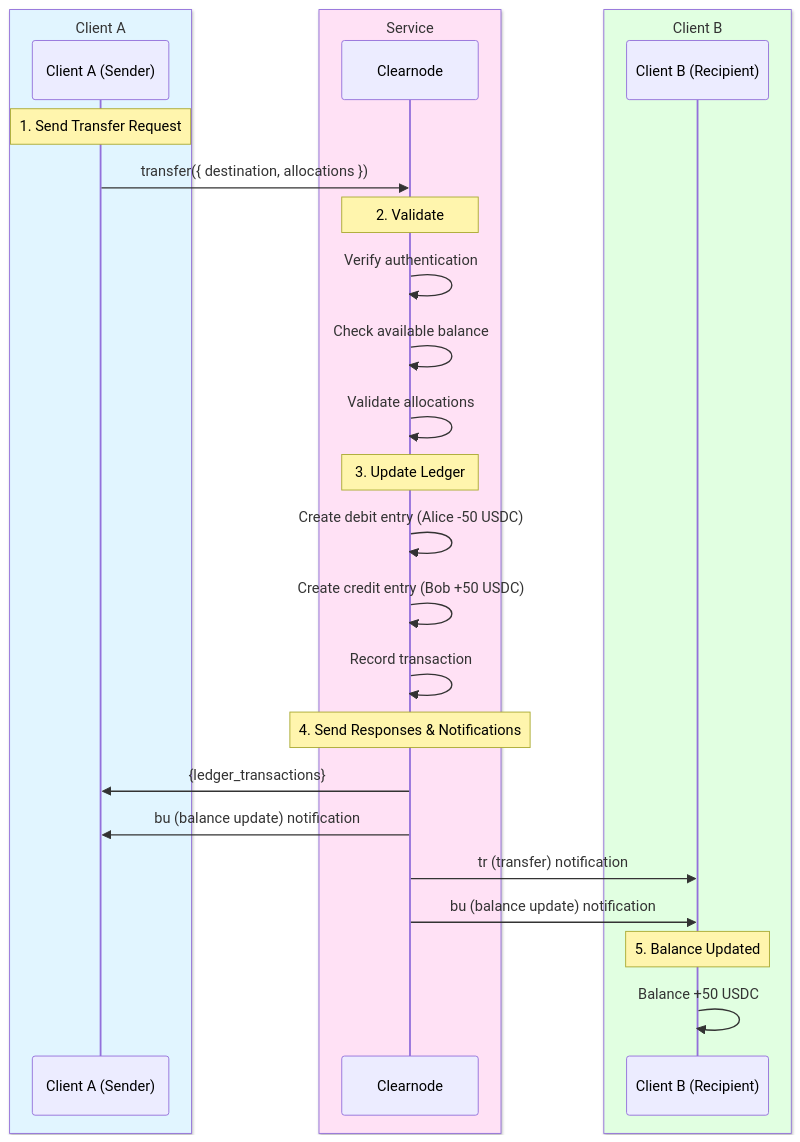
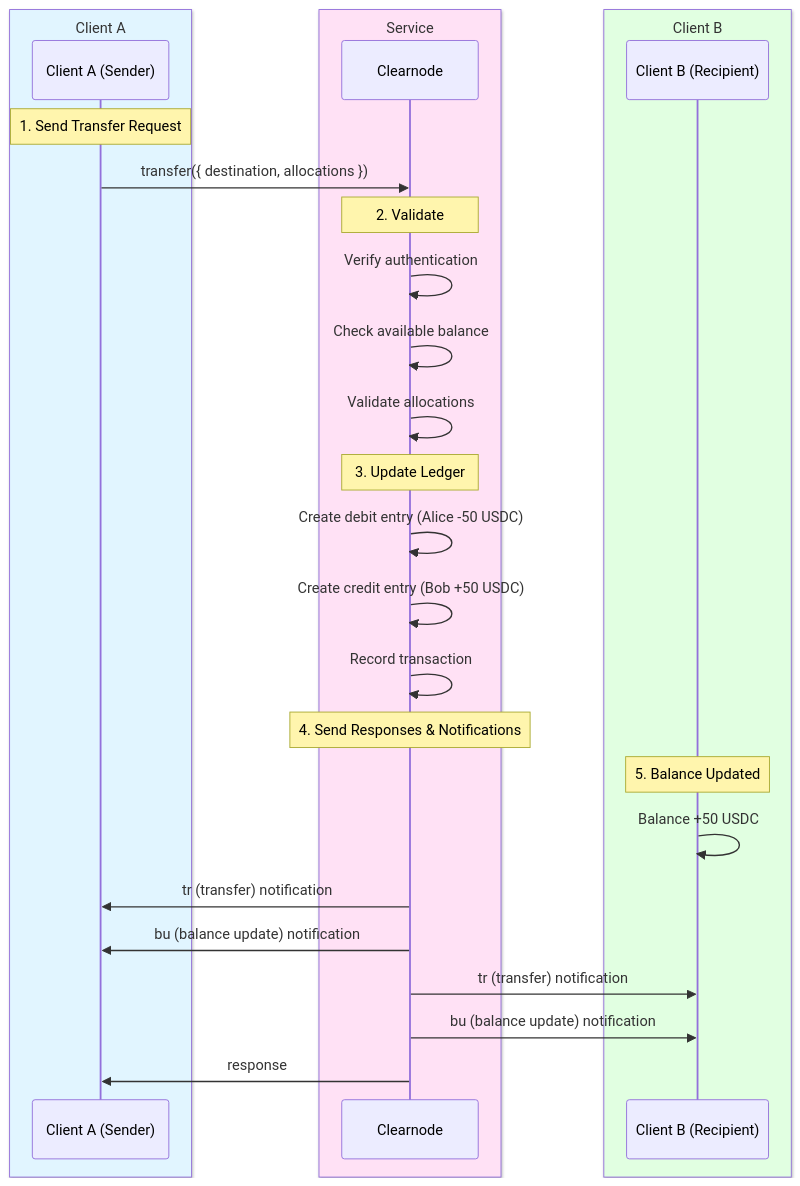
The diagram in docs/protocol/off-chain/transfers.mdx (layer-3/docs), drawn with Mermaid before and after one commit. The commit also changed other lines of this file and 4 other files, not shown here.

````diff
--- a/docs/protocol/off-chain/transfers.mdx
+++ b/docs/protocol/off-chain/transfers.mdx
@@ -158,35 +158,36 @@
 ```mermaid
 sequenceDiagram
     box rgb(225,245,255) Client A
         participant Alice as Client A (Sender)
     end
     box rgb(255,225,245) Service
         participant Clearnode
     end
     box rgb(225,255,225) Client B
         participant Bob as Client B (Recipient)
     end
 
     Note over Alice: 1. Send Transfer Request
     Alice->>Clearnode: transfer({ destination, allocations })
 
     Note over Clearnode: 2. Validate
     Clearnode->>Clearnode: Verify authentication
     Clearnode->>Clearnode: Check available balance
     Clearnode->>Clearnode: Validate allocations
 
     Note over Clearnode: 3. Update Ledger
     Clearnode->>Clearnode: Create debit entry (Alice -50 USDC)
     Clearnode->>Clearnode: Create credit entry (Bob +50 USDC)
     Clearnode->>Clearnode: Record transaction
 
     Note over Clearnode: 4. Send Responses & Notifications
-    Clearnode->>Alice: {ledger_transactions}
+    Note over Bob: 5. Balance Updated
+    Bob->>Bob: Balance +50 USDC
+
+    Clearnode->>Alice: tr (transfer) notification
     Clearnode->>Alice: bu (balance update) notification
     Clearnode->>Bob: tr (transfer) notification
     Clearnode->>Bob: bu (balance update) notification
-
-    Note over Bob: 5. Balance Updated
-    Bob->>Bob: Balance +50 USDC
+    Clearnode->>Alice: response
 
 ```
````
